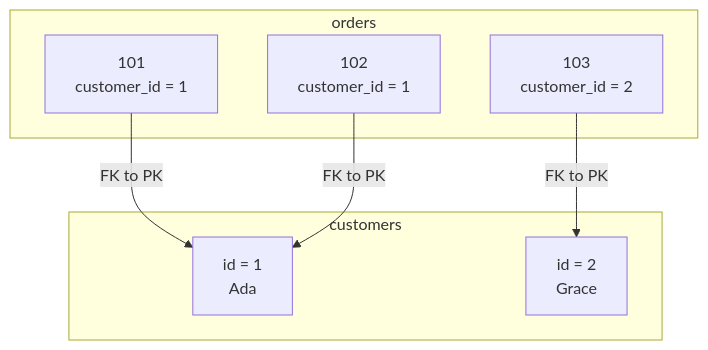
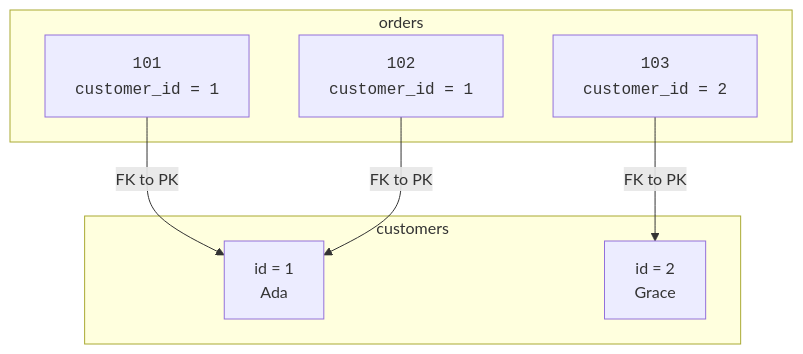
The fourth of 4 diagrams in content/learn/sqlite-for-beginners/foreign-keys.mdx (dataslope/dataslope), drawn with Mermaid before and after one commit. The commit also changed other lines of this file and 153 other files, not shown here.

First line of the commit message:
Render code-only mermaid shapes in monospace; convert step sequences to Steps

````diff
--- a/content/learn/sqlite-for-beginners/foreign-keys.mdx
+++ b/content/learn/sqlite-for-beginners/foreign-keys.mdx
@@ -179,15 +179,15 @@
 ```mermaid
 flowchart TB
     subgraph C["customers"]
         C1["id = 1<br/>Ada"]
         C2["id = 2<br/>Grace"]
     end
     subgraph O["orders"]
-        O1["101<br/>customer_id = 1"]
-        O2["102<br/>customer_id = 1"]
-        O3["103<br/>customer_id = 2"]
+        O1["<code>101<br/>customer_id = 1</code>"]
+        O2["<code>102<br/>customer_id = 1</code>"]
+        O3["<code>103<br/>customer_id = 2</code>"]
     end
     O1 -->|"FK to PK"| C1
     O2 -->|"FK to PK"| C1
     O3 -->|"FK to PK"| C2
 ```
````
